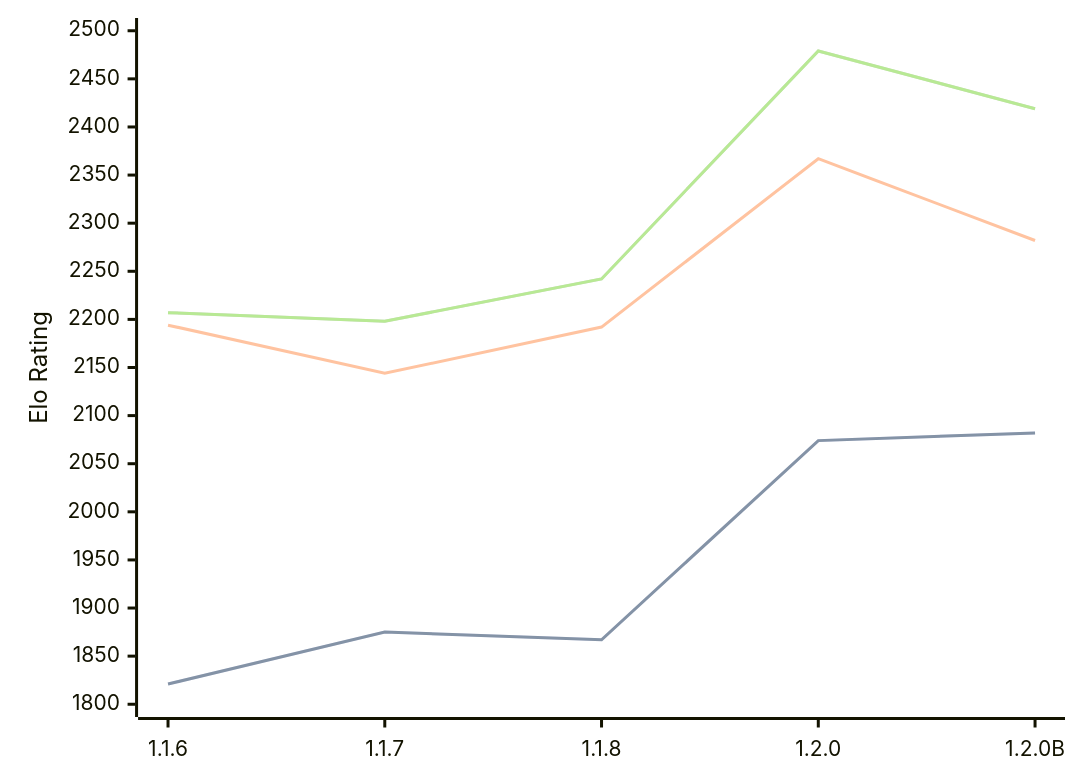
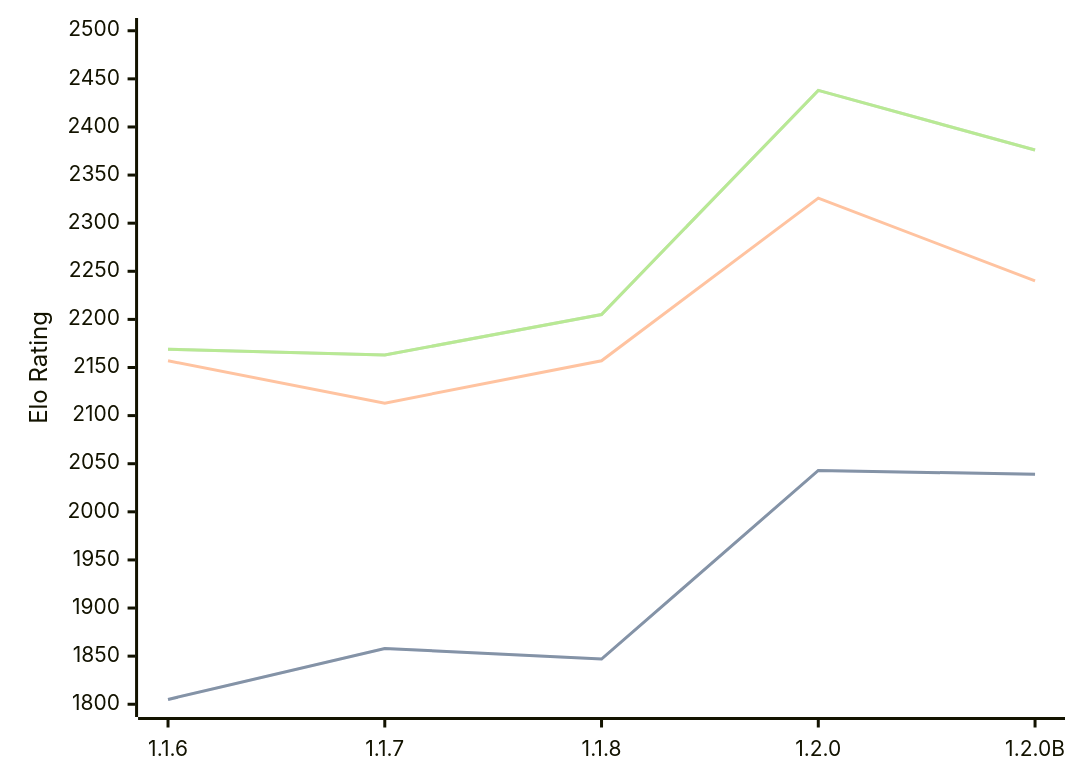
One commit to computer-chess-index/cci changed the diagram in engines/Soomi.md. Above: the diagram before and after it, drawn with Mermaid. The commit also changed other lines of this file, not shown here.

Commit message:
Update CCI Ratings (ELO VLTC) - 2026-05-19

````diff
--- a/engines/Soomi.md
+++ b/engines/Soomi.md
@@ -35,11 +35,11 @@
 ```mermaid
 %%{init: {"theme":"base","themeVariables":{"seriesColors:['#a3a3a3','#222221','#faa371']}}}%%
 xychart-beta
   x-axis ["1.1.6", "1.1.7", "1.1.8", "1.2.0", "1.2.0B"]
   y-axis "Elo Rating" 1800 --> 2500
-  line "STC (8.0+0.08s)" [1821, 1875, 1867, 2074, 2082]
-  line "STC (8.0+0.08s)" [1821, 1875, 1867, 2074, 2082]
-  line "LTC (60.0+0.60s)" [2194, 2144, 2192, 2367, 2282]
-  line "VLTC (2m24s+1.12s)" [2207, 2198, 2242, 2479, 2419]
-  line "VLTC (2m24s+1.12s)" [2207, 2198, 2242, 2479, 2419]
+  line "STC (8.0+0.08s)" [1805, 1858, 1847, 2043, 2039]
+  line "STC (8.0+0.08s)" [1805, 1858, 1847, 2043, 2039]
+  line "LTC (60.0+0.60s)" [2157, 2113, 2157, 2326, 2240]
+  line "VLTC (2m24s+1.12s)" [2169, 2163, 2205, 2438, 2376]
+  line "VLTC (2m24s+1.12s)" [2169, 2163, 2205, 2438, 2376]
 ```
````
